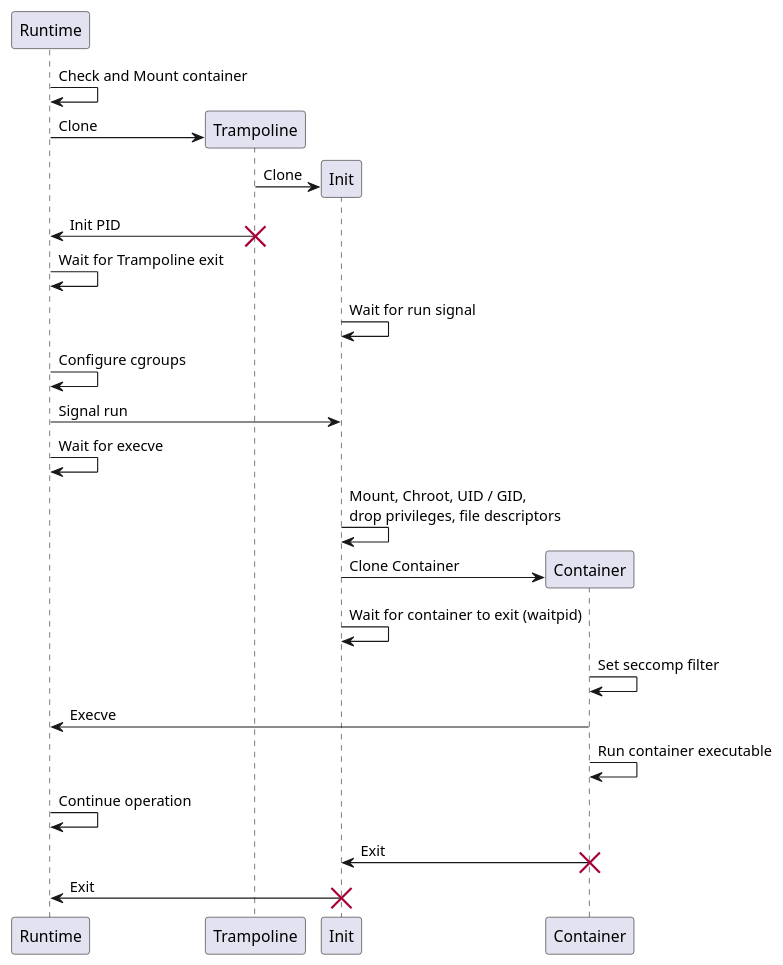
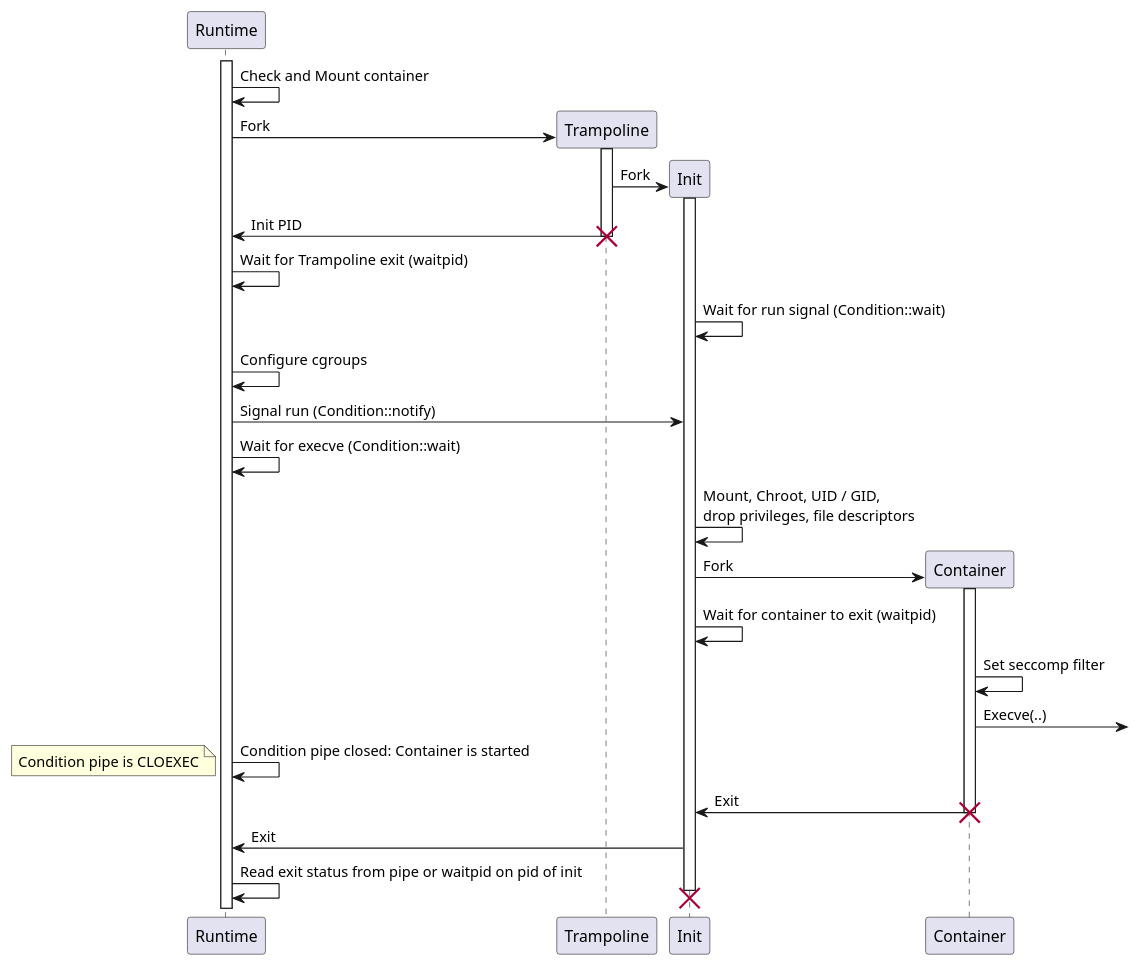
One commit to esrlabs/northstar changed the diagram in doc/diagrams/container_startup.puml. Above: the diagram before and after it, drawn with PlantUML. The commit also changed 19 other files, not shown here.

```diff
--- a/doc/diagrams/container_startup.puml
+++ b/doc/diagrams/container_startup.puml
@@ -1,28 +1,33 @@
 @startuml container_startup
 
+activate Runtime
 Runtime -> Runtime: Check and Mount container
 create Trampoline
-Runtime -> Trampoline: Clone
+Runtime -> Trampoline: Fork
+activate Trampoline
 create Init
-Trampoline-> Init: Clone
-Trampoline-> Runtime: Init PID
+Trampoline -> Init: Fork
+activate Init
+Trampoline -> Runtime: Init PID
 destroy Trampoline
-Runtime -> Runtime: Wait for Trampoline exit
-Init -> Init: Wait for run signal
+Runtime -> Runtime: Wait for Trampoline exit (waitpid)
+Init -> Init: Wait for run signal (Condition::wait)
 Runtime -> Runtime: Configure cgroups
-Runtime -> Init: Signal run
-Runtime -> Runtime: Wait for execve
+Runtime -> Init: Signal run (Condition::notify)
+Runtime -> Runtime: Wait for execve (Condition::wait)
 Init -> Init: Mount, Chroot, UID / GID,\ndrop privileges, file descriptors
 create Container
-Init -> Container: Clone Container
+Init -> Container: Fork
+activate Container
 Init -> Init: Wait for container to exit (waitpid)
 Container -> Container: Set seccomp filter
-Container -> Runtime: Execve 
-Container -> Container: Run container executable
-Runtime -> Runtime: Continue operation
+Container -> : Execve(..)
+Runtime -> Runtime: Condition pipe closed: Container is started
+note left: Condition pipe is CLOEXEC
 Container -> Init: Exit
 destroy Container
 Init -> Runtime: Exit
+Runtime -> Runtime: Read exit status from pipe or waitpid on pid of init
 destroy Init
 
 @enduml
```
